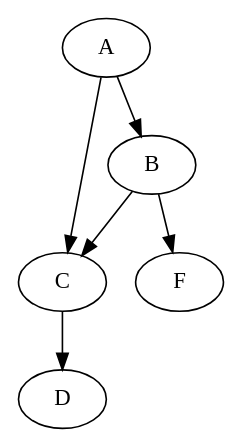
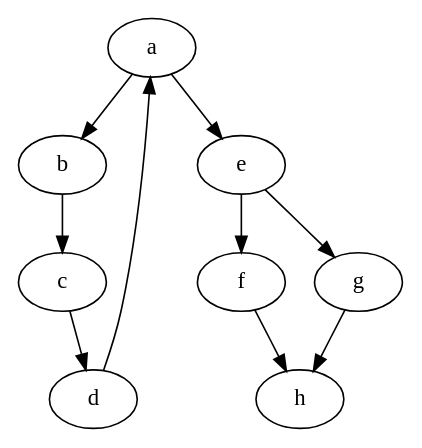
Before and after one commit to ryannav/GraphEditor: the diagram in src/test2.dot, drawn with Graphviz.

Commit message:
Finished Random Walk functionality

```diff
--- a/src/test2.dot
+++ b/src/test2.dot
@@ -1,7 +1,11 @@
 digraph A{
-A -> C
-C -> D
-A -> B
-B -> C
-B -> F
+a -> b
+b -> c
+c -> d
+d -> a
+a -> e
+e -> f
+e -> g
+f -> h
+g -> h
 }
```
